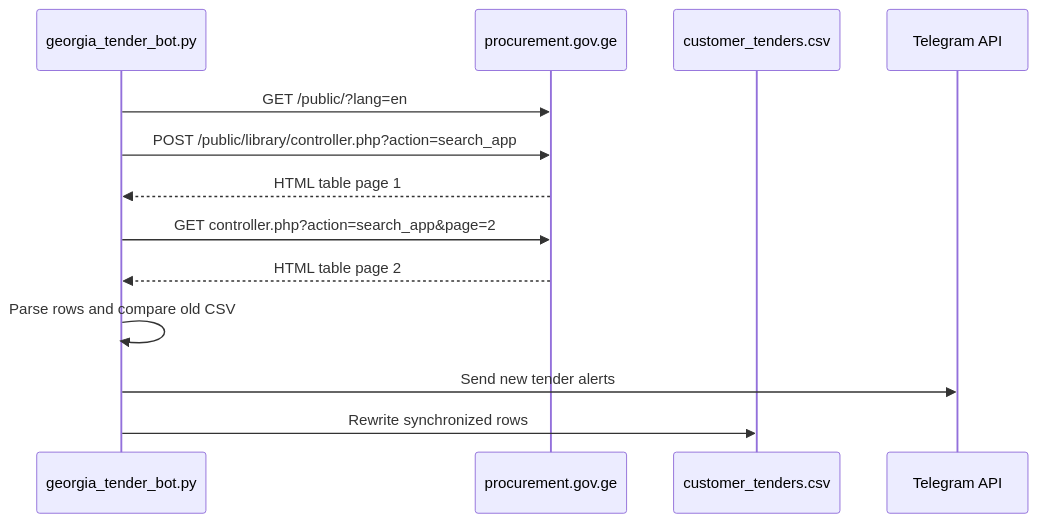
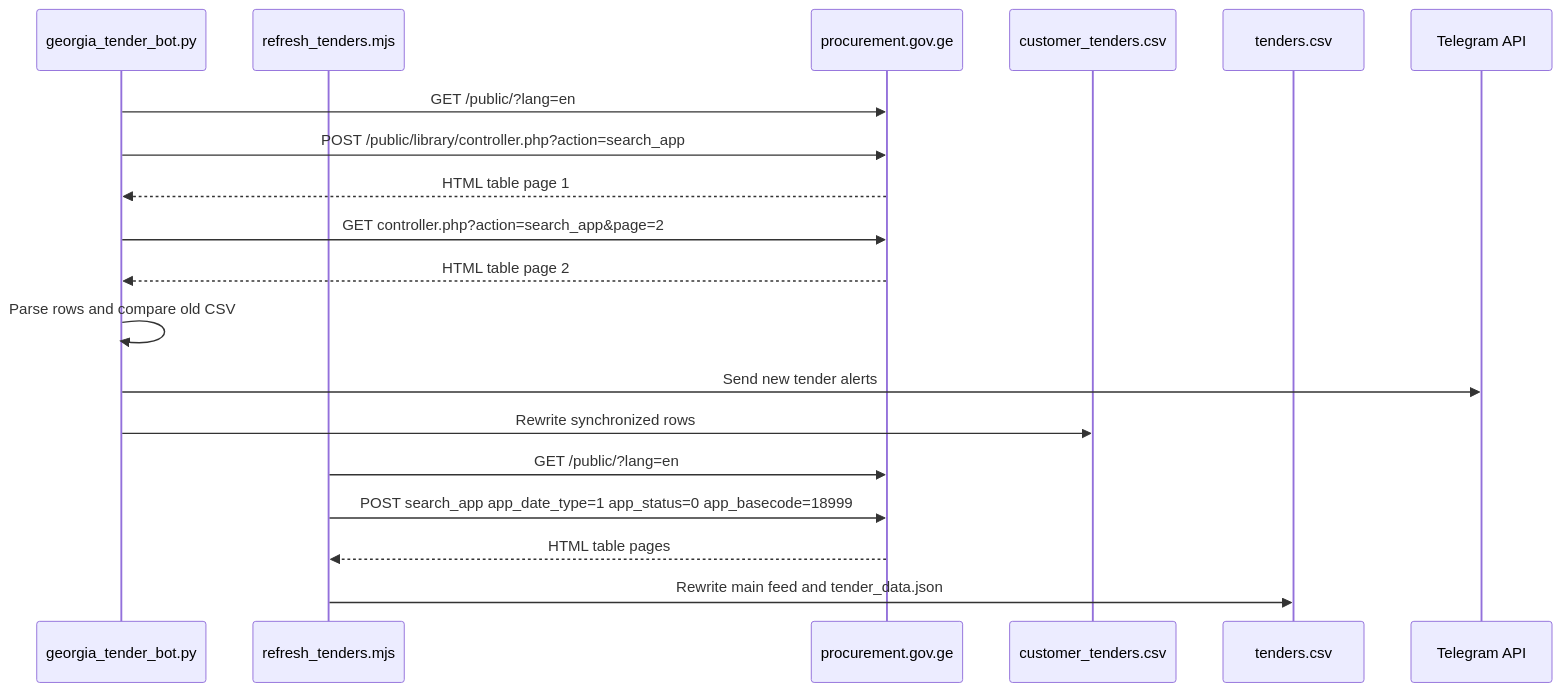
Before and after one commit to shinonkg/gpt-georgia-tender-bot: the third of 4 diagrams in SYSTEM_ARCHITECTURE.md, drawn with Mermaid. The commit also changed other lines of this file and 9 other files, not shown here.

Commit message:
Update docs for tender refresh architecture

````diff
--- a/SYSTEM_ARCHITECTURE.md
+++ b/SYSTEM_ARCHITECTURE.md
@@ -119,16 +136,22 @@
 ```mermaid
 sequenceDiagram
     participant Bot as georgia_tender_bot.py
+    participant Main as refresh_tenders.mjs
     participant Portal as procurement.gov.ge
     participant CSV as customer_tenders.csv
+    participant MainCSV as tenders.csv
     participant Telegram as Telegram API
 
     Bot->>Portal: GET /public/?lang=en
     Bot->>Portal: POST /public/library/controller.php?action=search_app
     Portal-->>Bot: HTML table page 1
     Bot->>Portal: GET controller.php?action=search_app&page=2
     Portal-->>Bot: HTML table page 2
     Bot->>Bot: Parse rows and compare old CSV
     Bot->>Telegram: Send new tender alerts
     Bot->>CSV: Rewrite synchronized rows
+    Main->>Portal: GET /public/?lang=en
+    Main->>Portal: POST search_app app_date_type=1 app_status=0 app_basecode=18999
+    Portal-->>Main: HTML table pages
+    Main->>MainCSV: Rewrite main feed and tender_data.json
 ```
````
